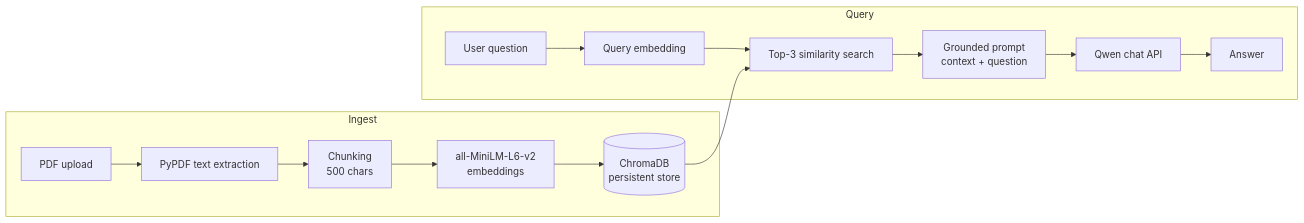
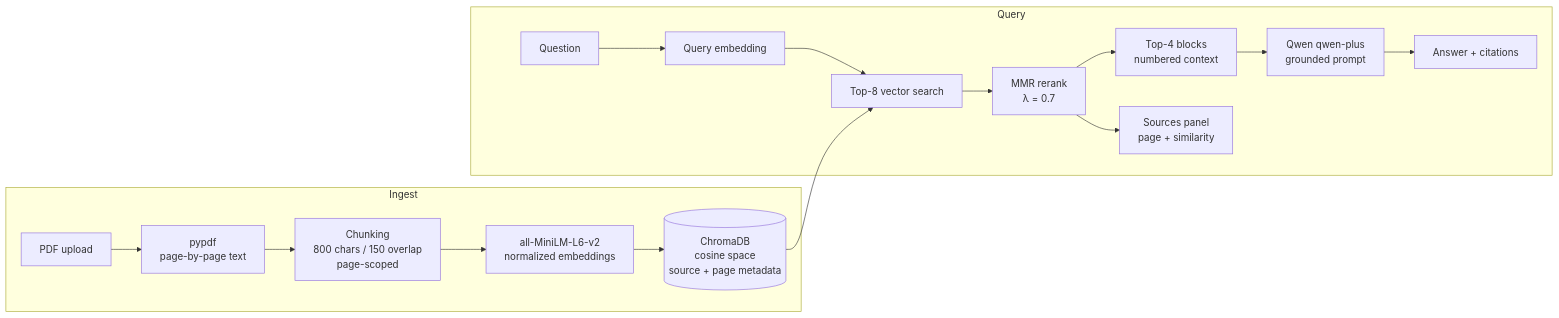
Before and after one commit to xd6ka/rag-document-assistant: the diagram in README.md, drawn with Mermaid. The commit also changed other lines of this file and 19 other files, not shown here.

First line of the commit message:
Add page-level citations, MMR reranking, multi-document UI and eval harness

````diff
--- a/README.md
+++ b/README.md
@@ -28,18 +32,20 @@
 ```mermaid
 flowchart LR
     subgraph Ingest
-        A[PDF upload] --> B[PyPDF text extraction]
-        B --> C[Chunking<br/>500 chars]
-        C --> D[all-MiniLM-L6-v2<br/>embeddings]
-        D --> E[(ChromaDB<br/>persistent store)]
+        A[PDF upload] --> B[pypdf<br/>page-by-page text]
+        B --> C[Chunking<br/>800 chars / 150 overlap<br/>page-scoped]
+        C --> D[all-MiniLM-L6-v2<br/>normalized embeddings]
+        D --> E[(ChromaDB<br/>cosine space<br/>source + page metadata)]
     end
 
     subgraph Query
-        Q[User question] --> QE[Query embedding]
-        QE --> R[Top-3 similarity search]
+        Q[Question] --> QE[Query embedding]
+        QE --> R[Top-8 vector search]
         E --> R
-        R --> P[Grounded prompt<br/>context + question]
-        P --> L[Qwen chat API]
-        L --> ANS[Answer]
+        R --> M[MMR rerank<br/>λ = 0.7]
+        M --> P[Top-4 blocks<br/>numbered context]
+        P --> L[Qwen qwen-plus<br/>grounded prompt]
+        L --> ANS[Answer + citations]
+        M --> SRC[Sources panel<br/>page + similarity]
     end
 ```
````
